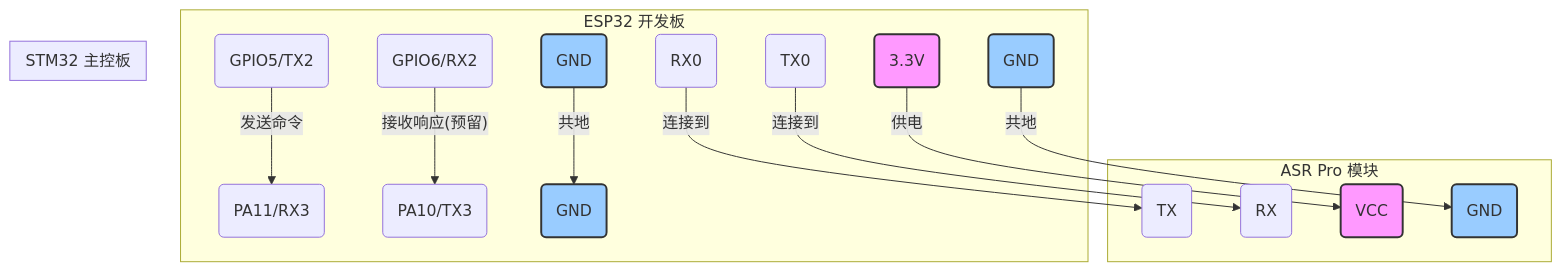
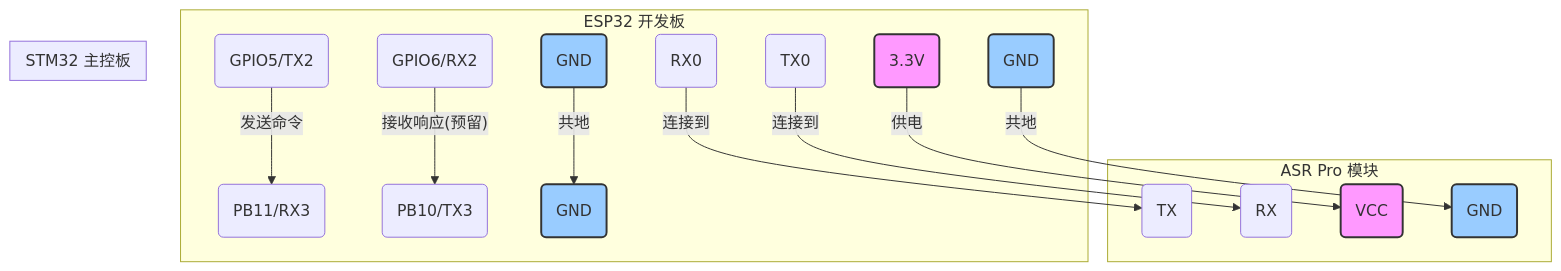
One commit to RussellCooper-DJZ/manbo-robot-dog changed the diagram in ASRPro_Code/docs/wiring.md. Above: the diagram before and after it, drawn with Mermaid. The commit also changed other lines of this file and 2 other files, not shown here.

Commit message:
fix(asr): 修复文档中STM32 USART3引脚定义错误
- 修正STM32 USART3引脚: PA10/PA11 -> PB10/PB11
- 更新asr.h头文件中的硬件连接说明
- 更新wiring.md中的接线图和表格
- 更新ASRPro_Code/README.md中的硬件连接表格
- 此错误会导致按照文档接线后无法正常通信

影响文件:
- ASRPro_Code/include/asr.h
- ASRPro_Code/docs/wiring.md
- ASRPro_Code/README.md

````diff
--- a/ASRPro_Code/docs/wiring.md
+++ b/ASRPro_Code/docs/wiring.md
@@ -16,33 +16,33 @@
 ```mermaid
 graph TD
     subgraph ASR Pro 模块
         ASR_TX(TX)
         ASR_RX(RX)
         ASR_VCC(VCC)
         ASR_GND(GND)
     end
 
     subgraph ESP32 开发板
         ESP_RX(RX0) -- "连接到" --> ASR_TX
         ESP_TX(TX0) -- "连接到" --> ASR_RX
         ESP_VCC(3.3V) -- "供电" --> ASR_VCC
         ESP_GND1(GND) -- "共地" --> ASR_GND
         
-        ESP_GPIO5(GPIO5/TX2) -- "发送命令" --> STM32_RX3(PA11/RX3)
-        ESP_GPIO6(GPIO6/RX2) -- "接收响应(预留)" --> STM32_TX3(PA10/TX3)
+        ESP_GPIO5(GPIO5/TX2) -- "发送命令" --> STM32_RX3(PB11/RX3)
+        ESP_GPIO6(GPIO6/RX2) -- "接收响应(预留)" --> STM32_TX3(PB10/TX3)
         ESP_GND2(GND) -- "共地" --> STM32_GND(GND)
     end
 
     subgraph STM32 主控板
         STM32_RX3
         STM32_TX3
         STM32_GND
     end
 
     style ASR_VCC fill:#f9f,stroke:#333,stroke-width:2px
     style ESP_VCC fill:#f9f,stroke:#333,stroke-width:2px
     style ASR_GND fill:#9cf,stroke:#333,stroke-width:2px
     style ESP_GND1 fill:#9cf,stroke:#333,stroke-width:2px
     style ESP_GND2 fill:#9cf,stroke:#333,stroke-width:2px
     style STM32_GND fill:#9cf,stroke:#333,stroke-width:2px
 ```
````
